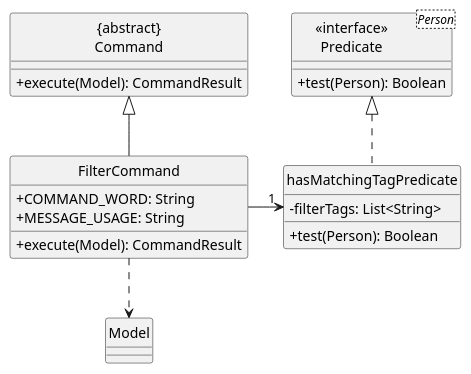
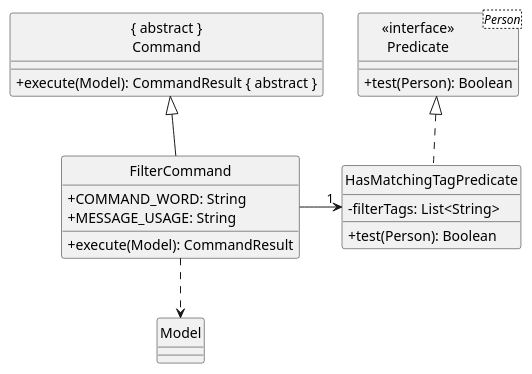
The diagram in diagrams/FilterCommandClass.puml (KSSWSept20/tp), drawn with PlantUML before and after one commit. The commit also changed 65 other files, not shown here.

```diff
--- a/diagrams/FilterCommandClass.puml
+++ b/diagrams/FilterCommandClass.puml
@@ -1,27 +1,27 @@
 @startuml
 hide circle
 skinparam classAttributeIconSize 0
 
-Class "{abstract}\nCommand" as Command {
-  +execute(Model): CommandResult
+Class "{ abstract }\nCommand" as Command {
+  +execute(Model): CommandResult { abstract }
 }
 Class FilterCommand {
   +COMMAND_WORD: String
   +MESSAGE_USAGE: String
   +execute(Model): CommandResult
 }
-Class hasMatchingTagPredicate {
+Class HasMatchingTagPredicate {
   -filterTags: List<String>
   +test(Person): Boolean
 }
 Class "<<interface>>\nPredicate<Person>" as Predicate {
   +test(Person): Boolean
 }
 Class Model
 
 FilterCommand -up-|> Command
-FilterCommand -> "1" hasMatchingTagPredicate
+FilterCommand -> "1" HasMatchingTagPredicate
 FilterCommand .down.> Model
-hasMatchingTagPredicate .up.|> Predicate
+HasMatchingTagPredicate .up.|> Predicate
 
 @enduml
```
